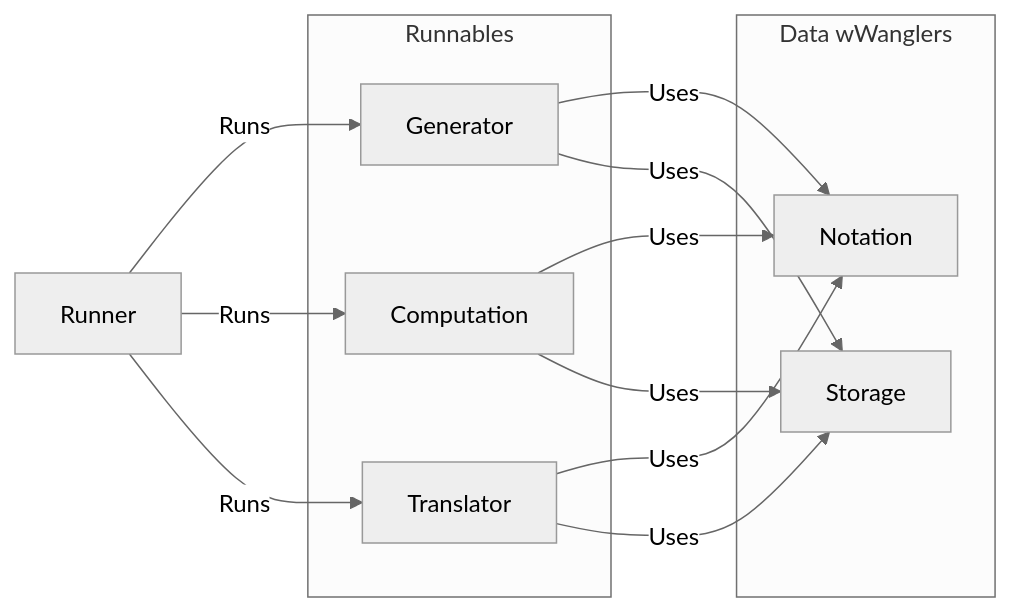
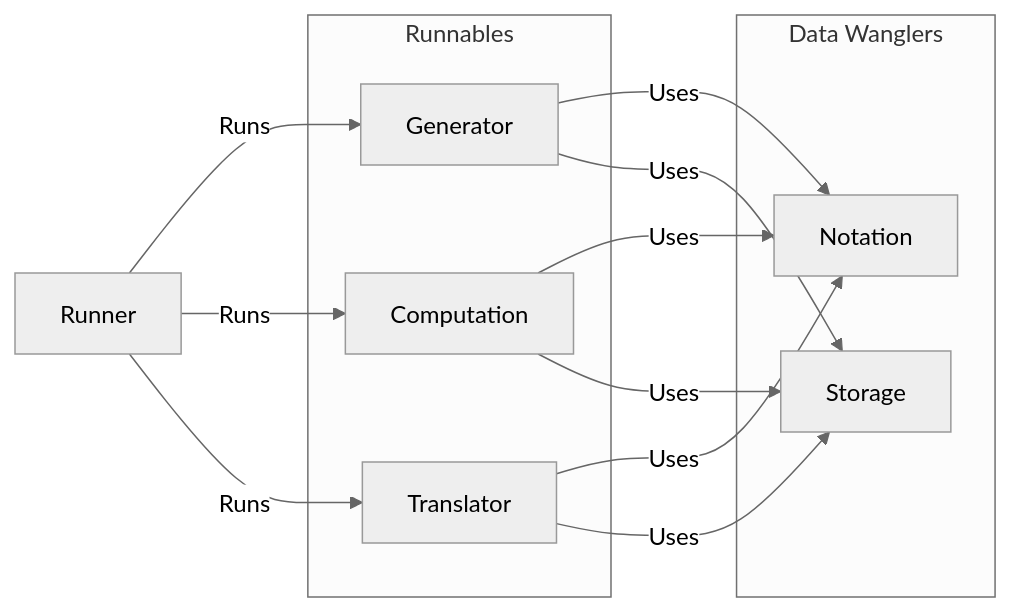
Before and after one commit to Uiowa-Applied-Topology/tanglenomicon_core_libraries: the second of 2 diagrams in docs/design/Home.md, drawn with Mermaid (neutral theme).

Commit message:
Wranglers

````diff
--- a/docs/design/Home.md
+++ b/docs/design/Home.md
@@ -133,23 +133,23 @@
 ```mermaid
 flowchart LR
 	Runner
 subgraph "Runnables"
 	Generator
 	Translator
 	Computation
 end
-subgraph "Data wWanglers"
+subgraph "Data Wanglers"
 	Notation
 	Storage
 end
 Runner -->|Runs| Generator
 Runner -->|Runs| Computation
 Runner -->|Runs| Translator
 Translator -->|Uses| Notation
 Generator -->|Uses| Notation
 Computation -->|Uses| Notation
 Generator -->|Uses| Storage
 Computation -->|Uses| Storage
 Translator -->|Uses| Storage
 
 ```
````
